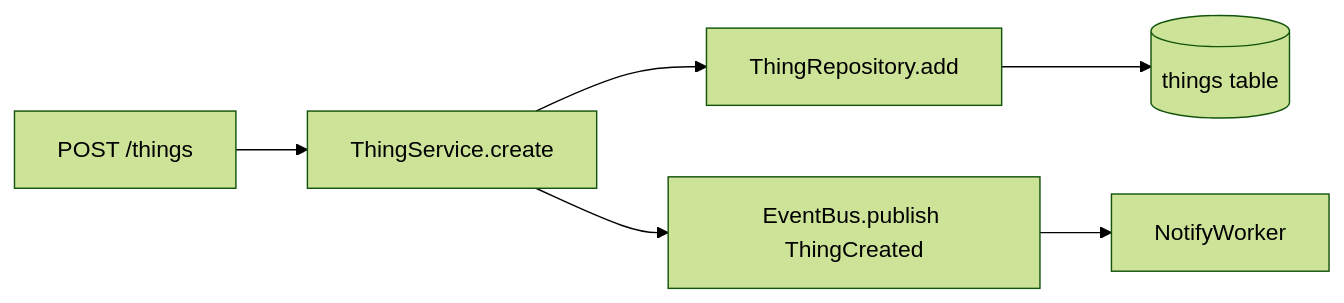
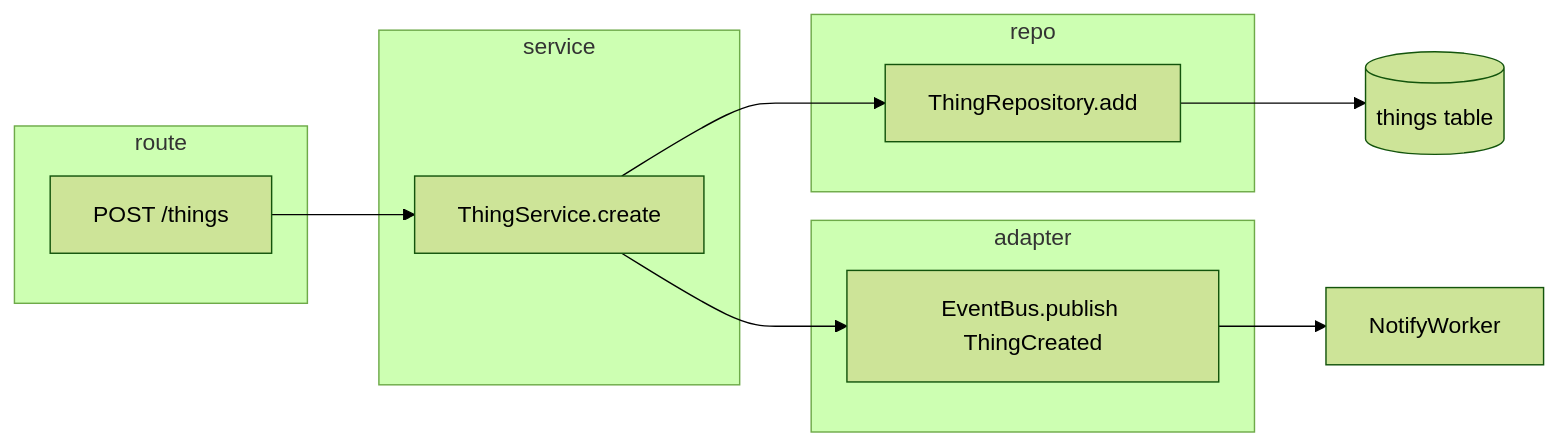
One commit to bmw99x/agent-setup changed the first of 2 diagrams in skills/graphify/SKILL.md. Above: the diagram before and after it, drawn with Mermaid (forest theme). The commit also changed other lines of this file and 39 other files, not shown here.

````diff
--- a/skills/graphify/SKILL.md
+++ b/skills/graphify/SKILL.md
@@ -47,8 +47,20 @@
 ```mermaid
 flowchart LR
-  Route[POST /things] --> Svc[ThingService.create]
-  Svc --> Repo[ThingRepository.add]
-  Svc --> Pub[EventBus.publish ThingCreated]
+  subgraph route
+    Route[POST /things]
+  end
+  subgraph service
+    Svc[ThingService.create]
+  end
+  subgraph repo
+    Repo[ThingRepository.add]
+  end
+  subgraph adapter
+    Pub[EventBus.publish ThingCreated]
+  end
+  Route --> Svc
+  Svc --> Repo
+  Svc --> Pub
   Repo --> DB[(things table)]
   Pub --> Worker[NotifyWorker]
 ```
````
